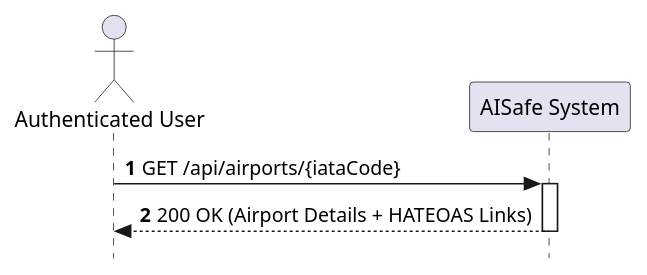
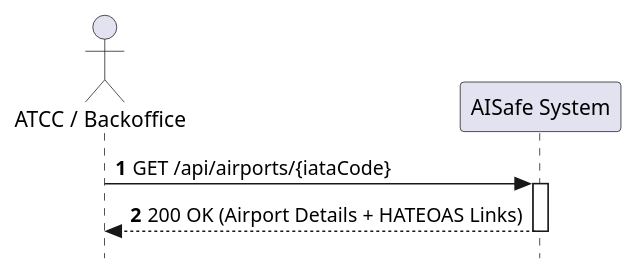
The diagram in docs/WP#2A-Airports/US107/US107-SSD.puml (anamartasilvaa/PSOFT_AISafe_Flight), drawn with PlantUML before and after one commit. The commit also changed 5 other files, not shown here.

Commit message:
correções nos diagramas

```diff
--- a/docs/WP#2A-Airports/US107/US107-SSD.puml
+++ b/docs/WP#2A-Airports/US107/US107-SSD.puml
@@ -1,12 +1,12 @@
 @startuml
 skinparam style strictuml
 autonumber
 
-actor "Authenticated User" as Actor
+actor "ATCC / Backoffice" as Actor
 participant "AISafe System" as System
 
 Actor -> System : GET /api/airports/{iataCode}
 activate System
 System --> Actor : 200 OK (Airport Details + HATEOAS Links)
 deactivate System
 @enduml
```
